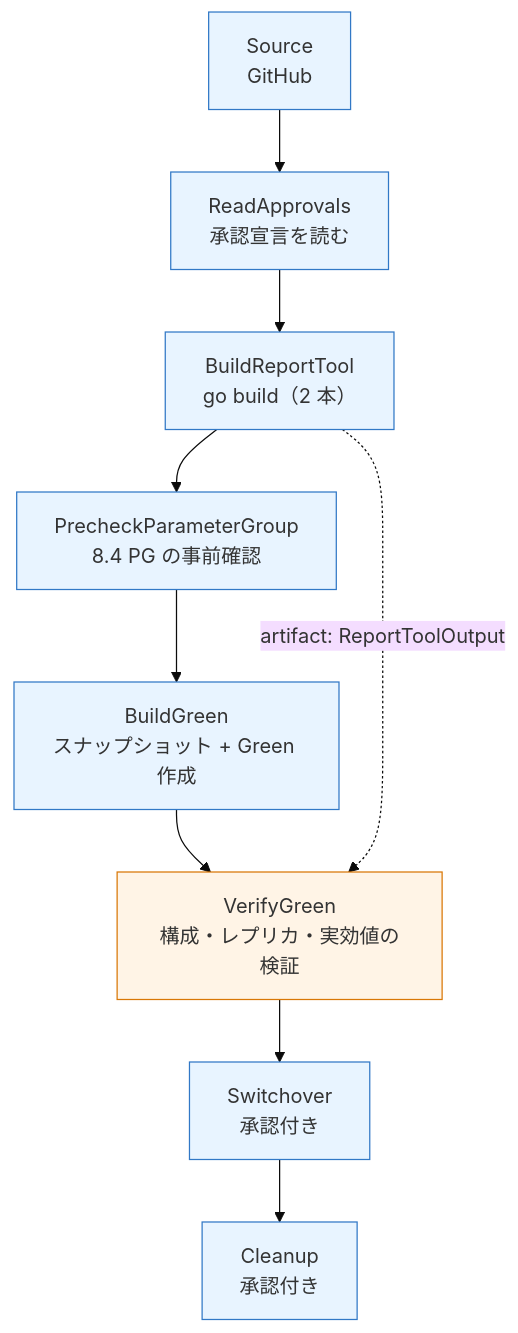
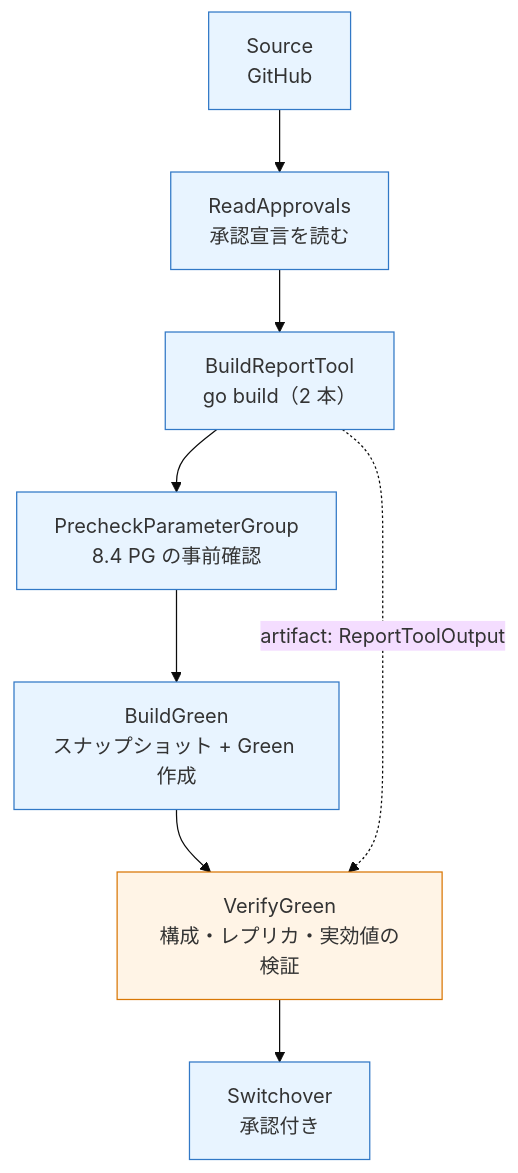
Before and after one commit to rxsxkxd/pk: the second of 7 diagrams in docs/rds_mysql_upgrade/ci/verify-green-vpc-architecture.md, drawn with Mermaid (base theme). The commit also changed 16 other files, not shown here.

````diff
--- a/docs/rds_mysql_upgrade/ci/verify-green-vpc-architecture.md
+++ b/docs/rds_mysql_upgrade/ci/verify-green-vpc-architecture.md
@@ -38,17 +38,16 @@
 ```mermaid
 flowchart TD
     S["Source<br/>GitHub"] --> RA["ReadApprovals<br/>承認宣言を読む"]
     RA --> BRT["BuildReportTool<br/>go build（2 本）"]
     BRT --> PC["PrecheckParameterGroup<br/>8.4 PG の事前確認"]
     PC --> BG["BuildGreen<br/>スナップショット + Green 作成"]
     BG --> VG["VerifyGreen<br/>構成・レプリカ・実効値の検証"]
     VG --> SW["Switchover<br/>承認付き"]
-    SW --> CU["Cleanup<br/>承認付き"]
 
     BRT -.->|"artifact: ReportToolOutput"| VG
 
     classDef outside fill:#e8f4ff,stroke:#3178c6
     classDef inside fill:#fff4e6,stroke:#d97706
     class S,RA,BRT,PC,BG,SW,CU outside
     class VG inside
 ```
````
